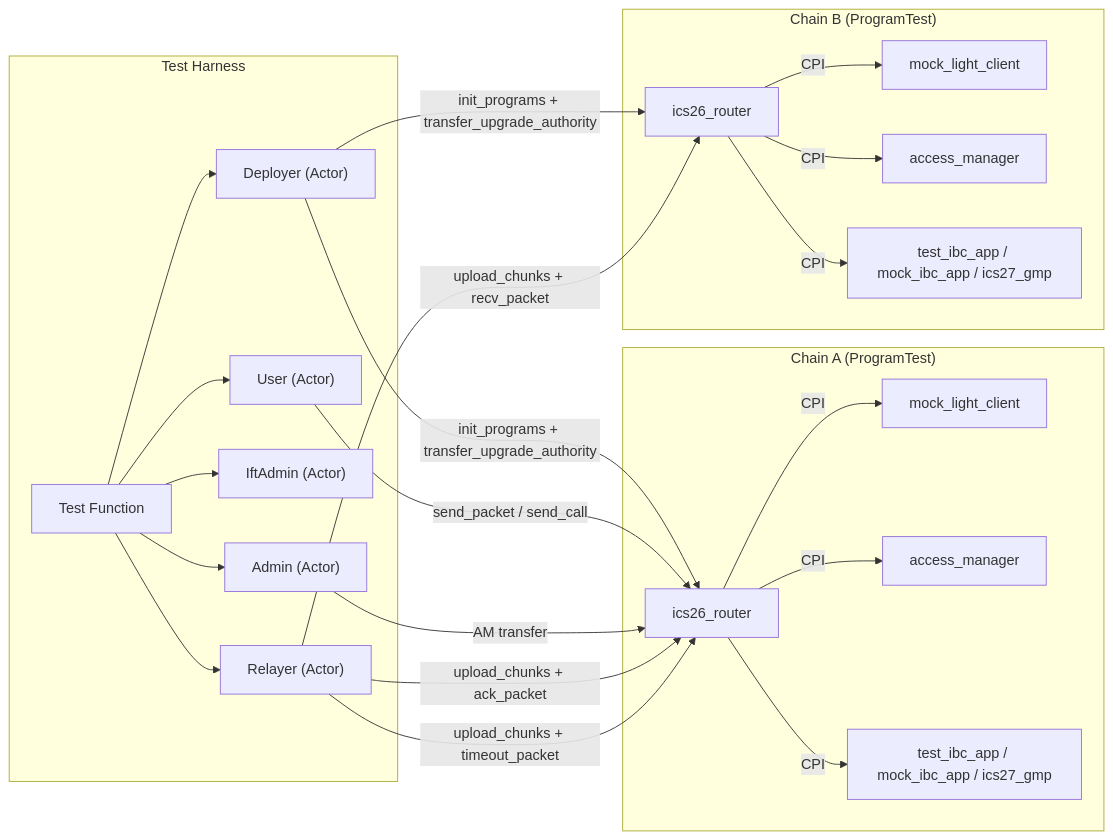
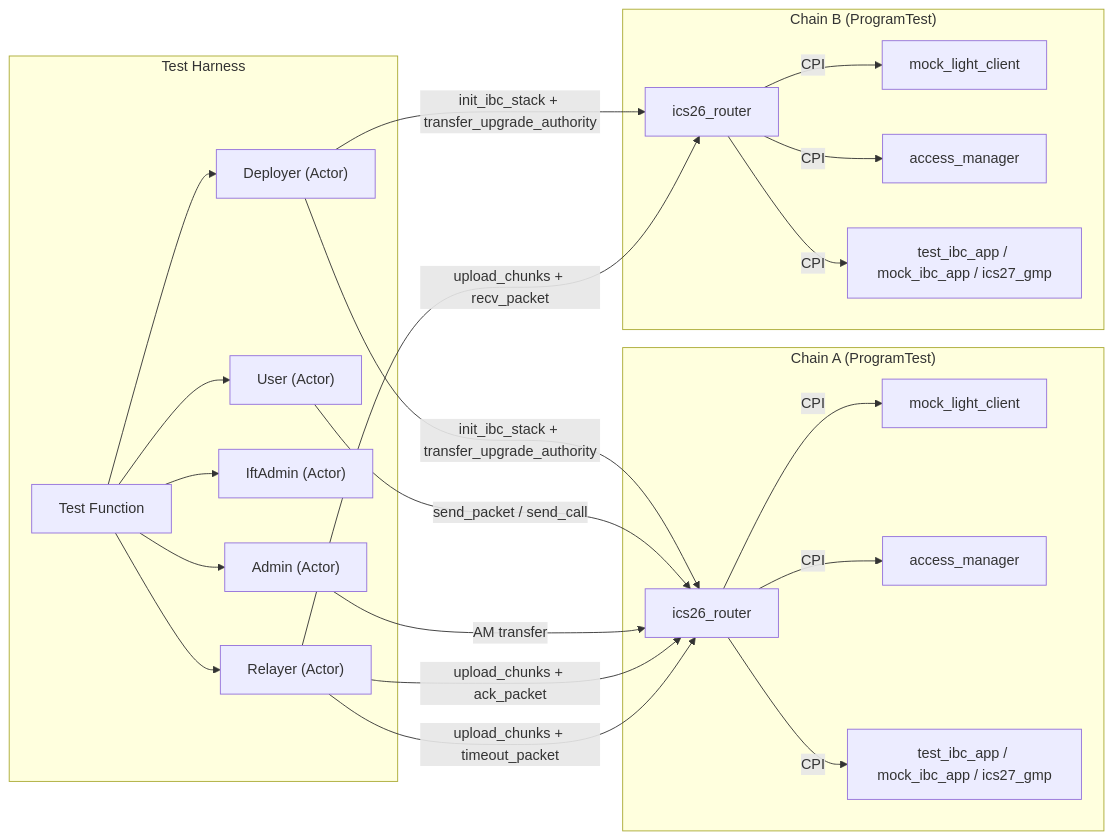
The first of 8 diagrams in programs/solana/integration-tests/README.md (cosmos/solidity-ibc-eureka), drawn with Mermaid before and after one commit. The commit also changed other lines of this file and 50 other files, not shown here.

````diff
--- a/programs/solana/integration-tests/README.md
+++ b/programs/solana/integration-tests/README.md
@@ -9,44 +9,44 @@
 ```mermaid
 graph LR
     subgraph "Test Harness"
         Test["Test Function"]
         Deployer["Deployer (Actor)"]
         Admin["Admin (Actor)"]
         IftAdmin["IftAdmin (Actor)"]
         User["User (Actor)"]
         Relayer["Relayer (Actor)"]
     end
 
     subgraph "Chain A (ProgramTest)"
         RA["ics26_router"]
         MCA["mock_light_client"]
         AMA["access_manager"]
         AppA["test_ibc_app / mock_ibc_app / ics27_gmp"]
     end
 
     subgraph "Chain B (ProgramTest)"
         RB["ics26_router"]
         MCB["mock_light_client"]
         AMB["access_manager"]
         AppB["test_ibc_app / mock_ibc_app / ics27_gmp"]
     end
 
     Test --> Deployer
     Test --> Admin
     Test --> IftAdmin
     Test --> User
     Test --> Relayer
-    Deployer -->|init_programs + transfer_upgrade_authority| RA
-    Deployer -->|init_programs + transfer_upgrade_authority| RB
+    Deployer -->|init_ibc_stack + transfer_upgrade_authority| RA
+    Deployer -->|init_ibc_stack + transfer_upgrade_authority| RB
     User -->|send_packet / send_call| RA
     Admin -->|AM transfer| RA
     Relayer -->|upload_chunks + recv_packet| RB
     Relayer -->|upload_chunks + ack_packet| RA
     Relayer -->|upload_chunks + timeout_packet| RA
     RA -->|CPI| MCA
     RA -->|CPI| AMA
     RA -->|CPI| AppA
     RB -->|CPI| MCB
     RB -->|CPI| AMB
     RB -->|CPI| AppB
 ```
````
